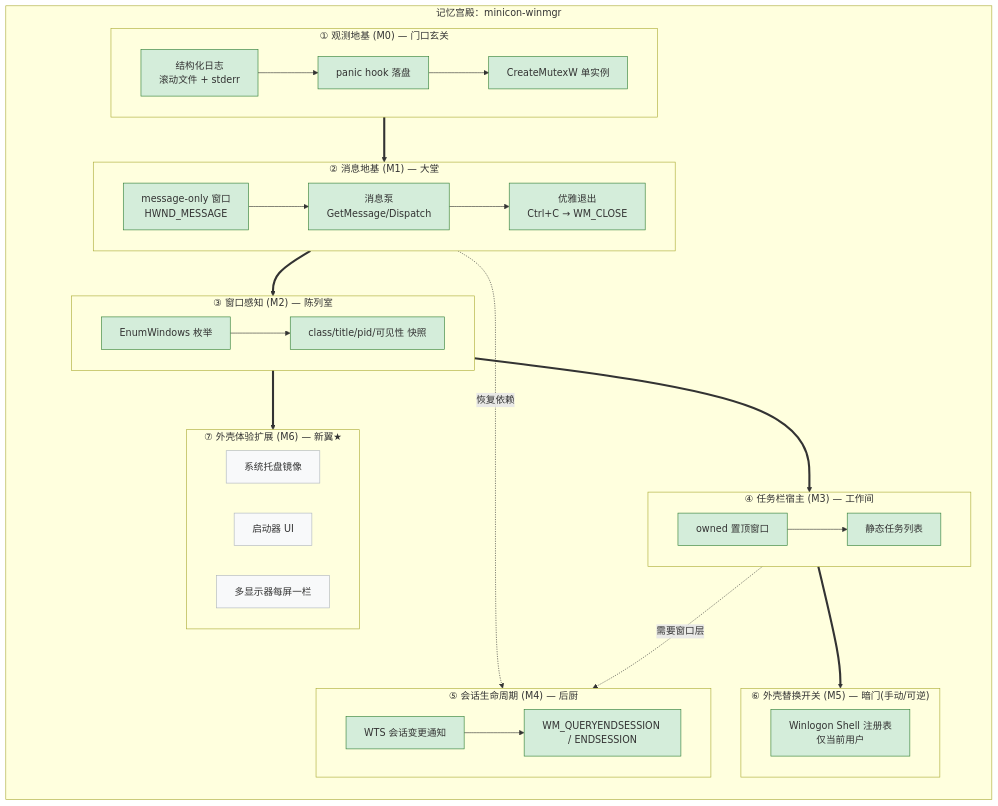
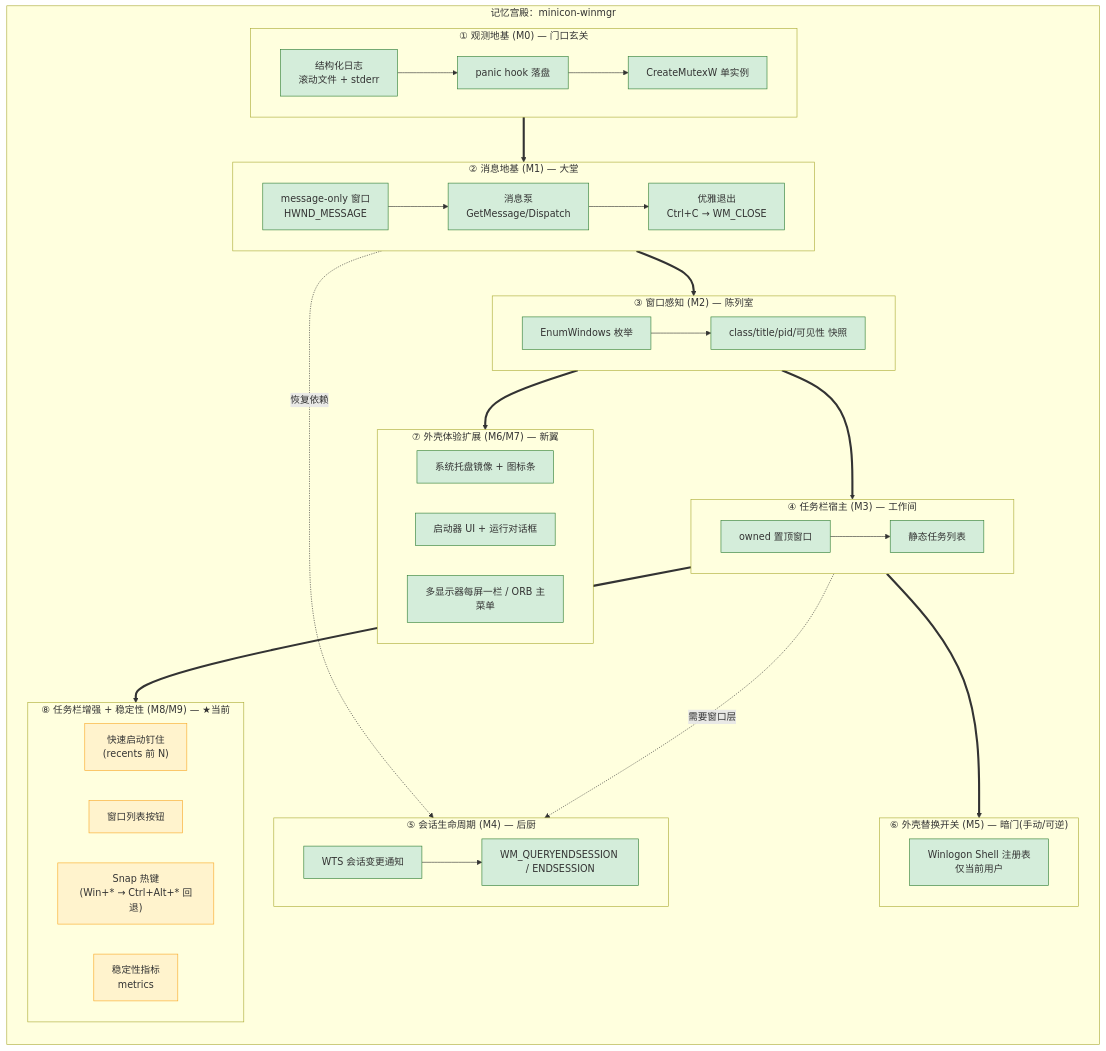
Before and after one commit to partnernetsoftware/minicon-winmgr: the diagram in docs/prd.md, drawn with Mermaid. The commit also changed other lines of this file and 7 other files, not shown here.

````diff
--- a/docs/prd.md
+++ b/docs/prd.md
@@ -103,60 +104,68 @@
 ```mermaid
 flowchart TD
     subgraph PALACE["记忆宫殿：minicon-winmgr"]
         direction TB
 
         subgraph ROOM_A["① 观测地基 (M0) — 门口玄关"]
             A1["结构化日志<br/>滚动文件 + stderr"]
             A2["panic hook 落盘"]
             A3["CreateMutexW 单实例"]
             A1 --> A2 --> A3
         end
 
         subgraph ROOM_B["② 消息地基 (M1) — 大堂"]
             B1["message-only 窗口<br/>HWND_MESSAGE"]
             B2["消息泵<br/>GetMessage/Dispatch"]
             B3["优雅退出<br/>Ctrl+C → WM_CLOSE"]
             B1 --> B2 --> B3
         end
 
         subgraph ROOM_C["③ 窗口感知 (M2) — 陈列室"]
             C1["EnumWindows 枚举"]
             C2["class/title/pid/可见性 快照"]
             C1 --> C2
         end
 
         subgraph ROOM_D["④ 任务栏宿主 (M3) — 工作间"]
             D1["owned 置顶窗口"]
             D2["静态任务列表"]
             D1 --> D2
         end
 
         subgraph ROOM_E["⑤ 会话生命周期 (M4) — 后厨"]
             E1["WTS 会话变更通知"]
             E2["WM_QUERYENDSESSION / ENDSESSION"]
             E1 --> E2
         end
 
         subgraph ROOM_F["⑥ 外壳替换开关 (M5) — 暗门(手动/可逆)"]
             F1["Winlogon Shell 注册表<br/>仅当前用户"]
         end
 
-        subgraph ROOM_G["⑦ 外壳体验扩展 (M6) — 新翼★"]
-            G1["系统托盘镜像"]
-            G2["启动器 UI"]
-            G3["多显示器每屏一栏"]
+        subgraph ROOM_G["⑦ 外壳体验扩展 (M6/M7) — 新翼"]
+            G1["系统托盘镜像 + 图标条"]
+            G2["启动器 UI + 运行对话框"]
+            G3["多显示器每屏一栏 / ORB 主菜单"]
+        end
+
+        subgraph ROOM_H["⑧ 任务栏增强 + 稳定性 (M8/M9) — ★当前"]
+            H1["快速启动钉住<br/>(recents 前 N)"]
+            H2["窗口列表按钮"]
+            H3["Snap 热键<br/>(Win+* → Ctrl+Alt+* 回退)"]
+            H4["稳定性指标<br/>metrics"]
         end
     end
 
     ROOM_A ==> ROOM_B ==> ROOM_C ==> ROOM_D
     ROOM_B -.恢复依赖.-> ROOM_E
     ROOM_D -.需要窗口层.-> ROOM_E
     ROOM_D ==> ROOM_F
     ROOM_C ==> ROOM_G
+    ROOM_D ==> ROOM_H
 
     classDef done fill:#d4edda,stroke:#2e7d32;
     classDef current fill:#fff3cd,stroke:#f9a825;
     classDef todo fill:#f8f9fa,stroke:#adb5bd;
-    class A1,A2,A3,B1,B2,B3,C1,C2,D1,D2,E1,E2,F1 done;
-    class G1,G2,G3 todo;
+    class A1,A2,A3,B1,B2,B3,C1,C2,D1,D2,E1,E2,F1,G1,G2,G3 done;
+    class H1,H2,H3,H4 current;
 ```
````
